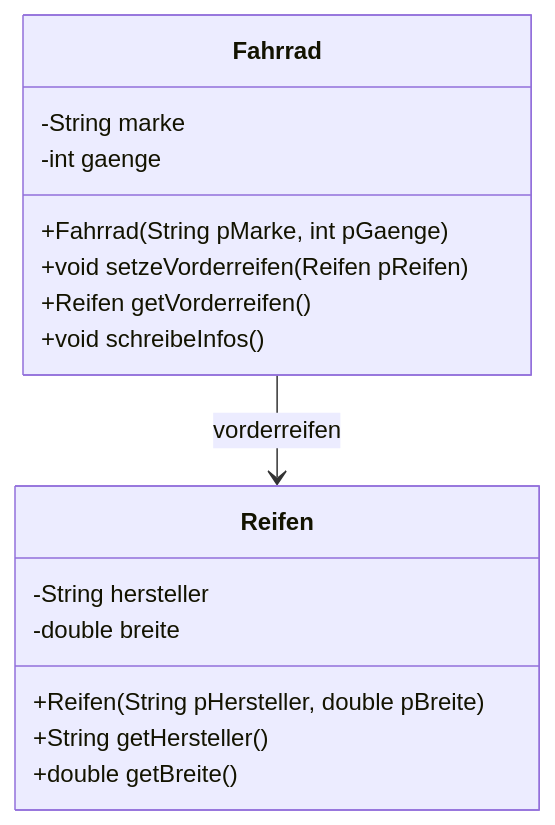
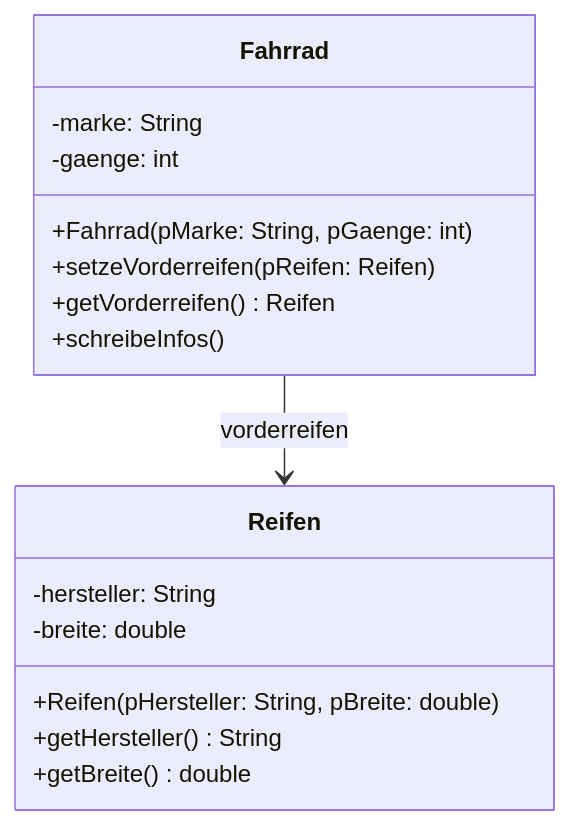
One commit to openpatch/hyperbook-informatik changed the first of 2 diagrams in book/oberstufe/oop/01-grundlagen/06-objektorientierung/03-assoziation.md. Above: the diagram before and after it, drawn with Mermaid. The commit also changed other lines of this file and 19 other files, not shown here.

Commit message:
richtige implementationsdiagramme

````diff
--- a/book/oberstufe/oop/01-grundlagen/06-objektorientierung/03-assoziation.md
+++ b/book/oberstufe/oop/01-grundlagen/06-objektorientierung/03-assoziation.md
@@ -12,19 +12,19 @@
 ```mermaid
 classDiagram
     class Fahrrad {
-        -String marke
-        -int gaenge
-        +Fahrrad(String pMarke, int pGaenge)
-        +void setzeVorderreifen(Reifen pReifen)
-        +Reifen getVorderreifen()
-        +void schreibeInfos()
+        -marke: String
+        -gaenge: int
+        +Fahrrad(pMarke: String, pGaenge: int)
+        +setzeVorderreifen(pReifen: Reifen)
+        +getVorderreifen() Reifen
+        +schreibeInfos()
     }
     class Reifen {
-        -String hersteller
-        -double breite
-        +Reifen(String pHersteller, double pBreite)
-        +String getHersteller()
-        +double getBreite()
+        -hersteller: String
+        -breite: double
+        +Reifen(pHersteller: String, pBreite: double)
+        +getHersteller() String
+        +getBreite() double
     }
     Fahrrad --> Reifen : vorderreifen
 ```
````
